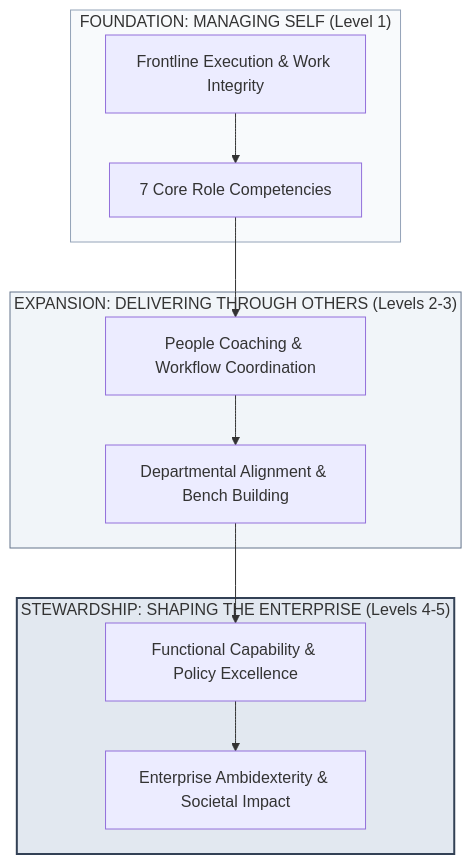
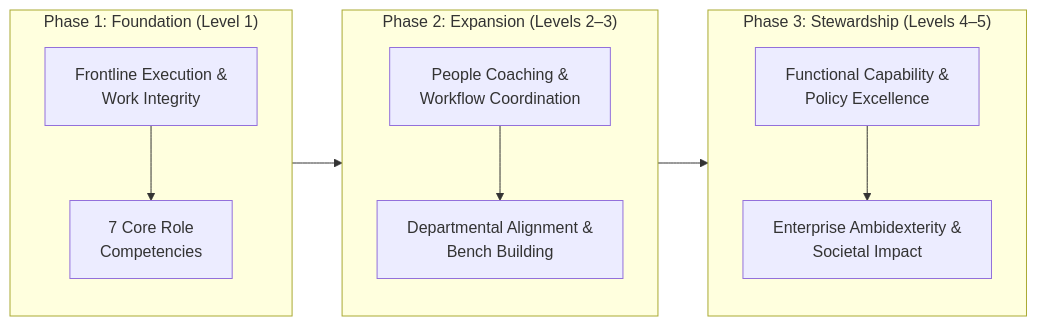
One commit to egxl/MBA changed the first of 5 diagrams in content/rabuan/2026-10-14-ric-roi-impact-career.md. Above: the diagram before and after it, drawn with Mermaid. The commit also changed other lines of this file and 317 other files, not shown here.

````diff
--- a/content/rabuan/2026-10-14-ric-roi-impact-career.md
+++ b/content/rabuan/2026-10-14-ric-roi-impact-career.md
@@ -24,20 +24,19 @@
 ```mermaid
-flowchart TD
-    subgraph S1["FOUNDATION: MANAGING SELF (Level 1)"]
-        A["Frontline Execution & Work Integrity"] --> B["7 Core Role Competencies"]
+flowchart LR
+    subgraph S1["Phase 1: Foundation (Level 1)"]
+        direction TB
+        A["Frontline Execution &<br/>Work Integrity"] --> B["7 Core Role<br/>Competencies"]
     end
 
-    subgraph S2["EXPANSION: DELIVERING THROUGH OTHERS (Levels 2-3)"]
-        B --> C["People Coaching & Workflow Coordination"]
-        C --> D["Departmental Alignment & Bench Building"]
+    subgraph S2["Phase 2: Expansion (Levels 2–3)"]
+        direction TB
+        C["People Coaching &<br/>Workflow Coordination"] --> D["Departmental Alignment &<br/>Bench Building"]
     end
 
-    subgraph S3["STEWARDSHIP: SHAPING THE ENTERPRISE (Levels 4-5)"]
-        D --> E["Functional Capability & Policy Excellence"]
-        E --> F["Enterprise Ambidexterity & Societal Impact"]
+    subgraph S3["Phase 3: Stewardship (Levels 4–5)"]
+        direction TB
+        E["Functional Capability &<br/>Policy Excellence"] --> F["Enterprise Ambidexterity &<br/>Societal Impact"]
     end
 
-    style S1 fill:#f8fafc,stroke:#94a3b8,stroke-width:1px
-    style S2 fill:#f1f5f9,stroke:#64748b,stroke-width:1px
-    style S3 fill:#e2e8f0,stroke:#334155,stroke-width:2px
+    S1 --> S2 --> S3
 ```
````
